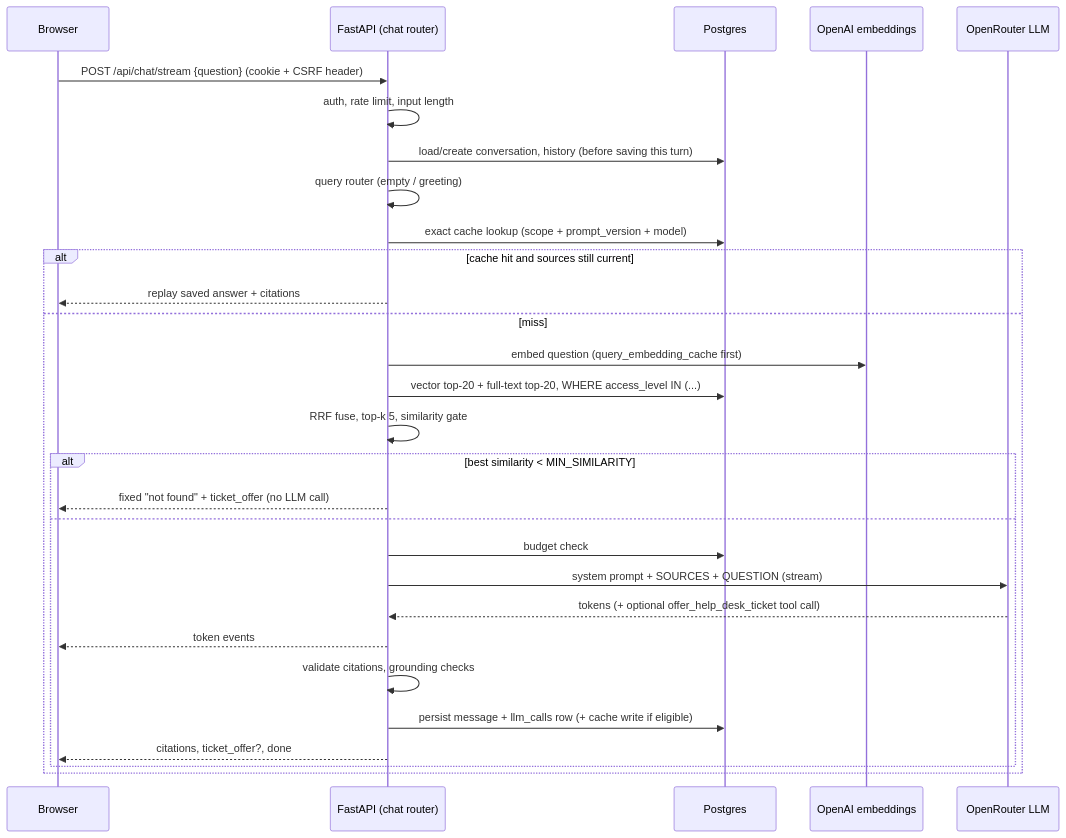
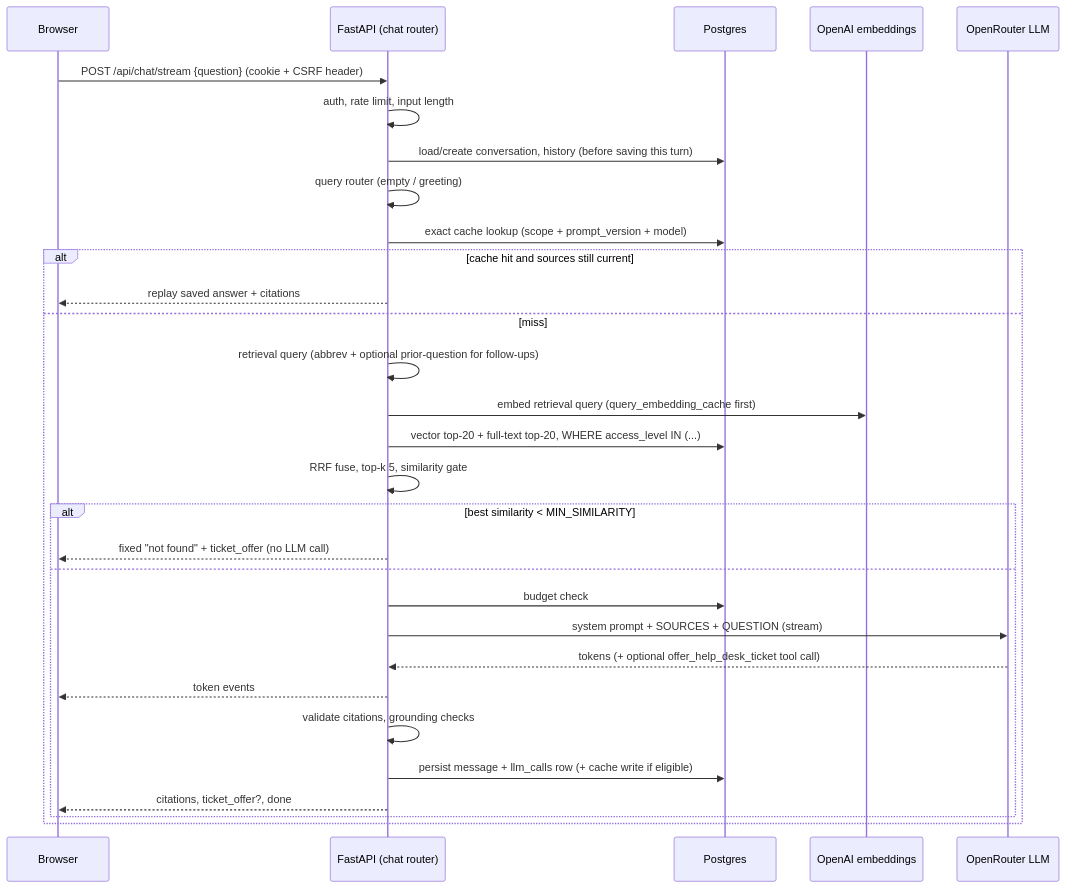
The second of 2 diagrams in ARCHITECTURE.md (MHunain-Official/Ask-Onboarding), drawn with Mermaid before and after one commit. The commit also changed other lines of this file and 8 other files, not shown here.

````diff
--- a/ARCHITECTURE.md
+++ b/ARCHITECTURE.md
@@ -28,31 +28,32 @@
 ```mermaid
 sequenceDiagram
     participant U as Browser
     participant A as FastAPI (chat router)
     participant D as Postgres
     participant E as OpenAI embeddings
     participant L as OpenRouter LLM
     U->>A: POST /api/chat/stream {question} (cookie + CSRF header)
     A->>A: auth, rate limit, input length
     A->>D: load/create conversation, history (before saving this turn)
     A->>A: query router (empty / greeting)
     A->>D: exact cache lookup (scope + prompt_version + model)
     alt cache hit and sources still current
         A-->>U: replay saved answer + citations
     else miss
-        A->>E: embed question (query_embedding_cache first)
+        A->>A: retrieval query (abbrev + optional prior-question for follow-ups)
+        A->>E: embed retrieval query (query_embedding_cache first)
         A->>D: vector top-20 + full-text top-20, WHERE access_level IN (...)
         A->>A: RRF fuse, top-k 5, similarity gate
         alt best similarity < MIN_SIMILARITY
             A-->>U: fixed "not found" + ticket_offer (no LLM call)
         else
             A->>D: budget check
             A->>L: system prompt + SOURCES + QUESTION (stream)
             L-->>A: tokens (+ optional offer_help_desk_ticket tool call)
             A-->>U: token events
             A->>A: validate citations, grounding checks
             A->>D: persist message + llm_calls row (+ cache write if eligible)
             A-->>U: citations, ticket_offer?, done
         end
     end
 ```
````
